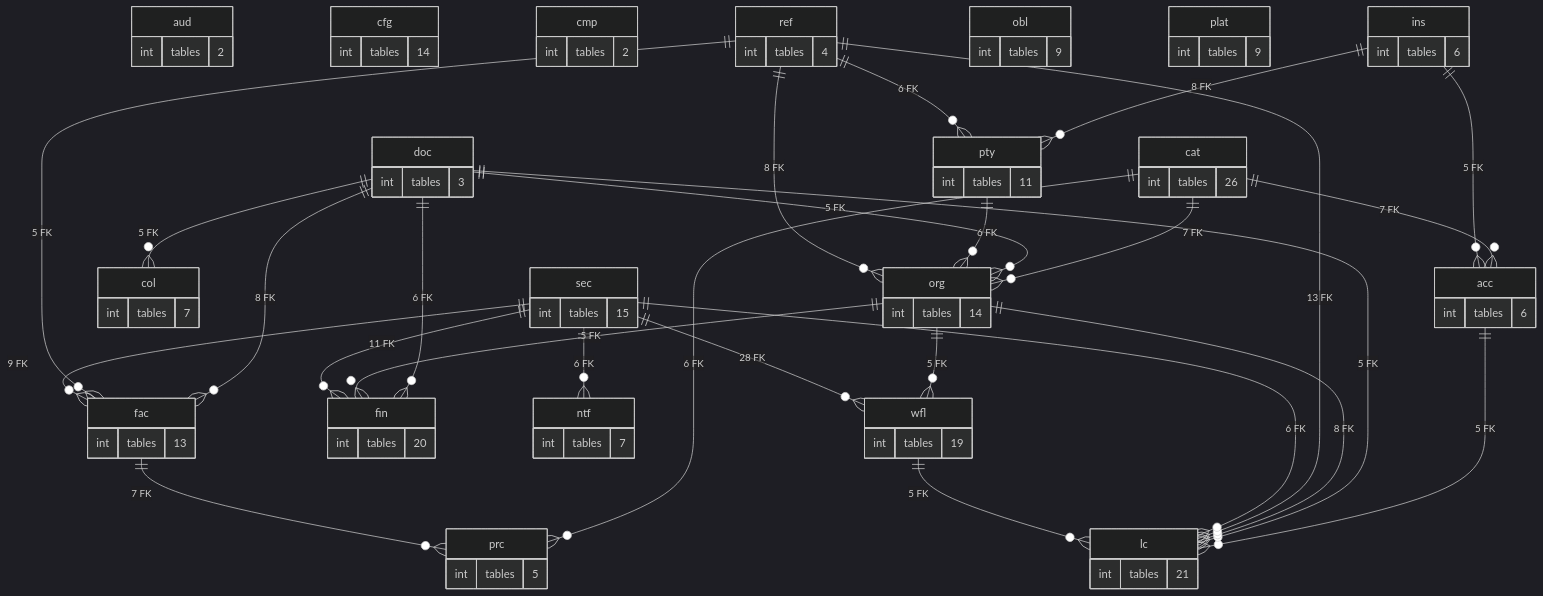
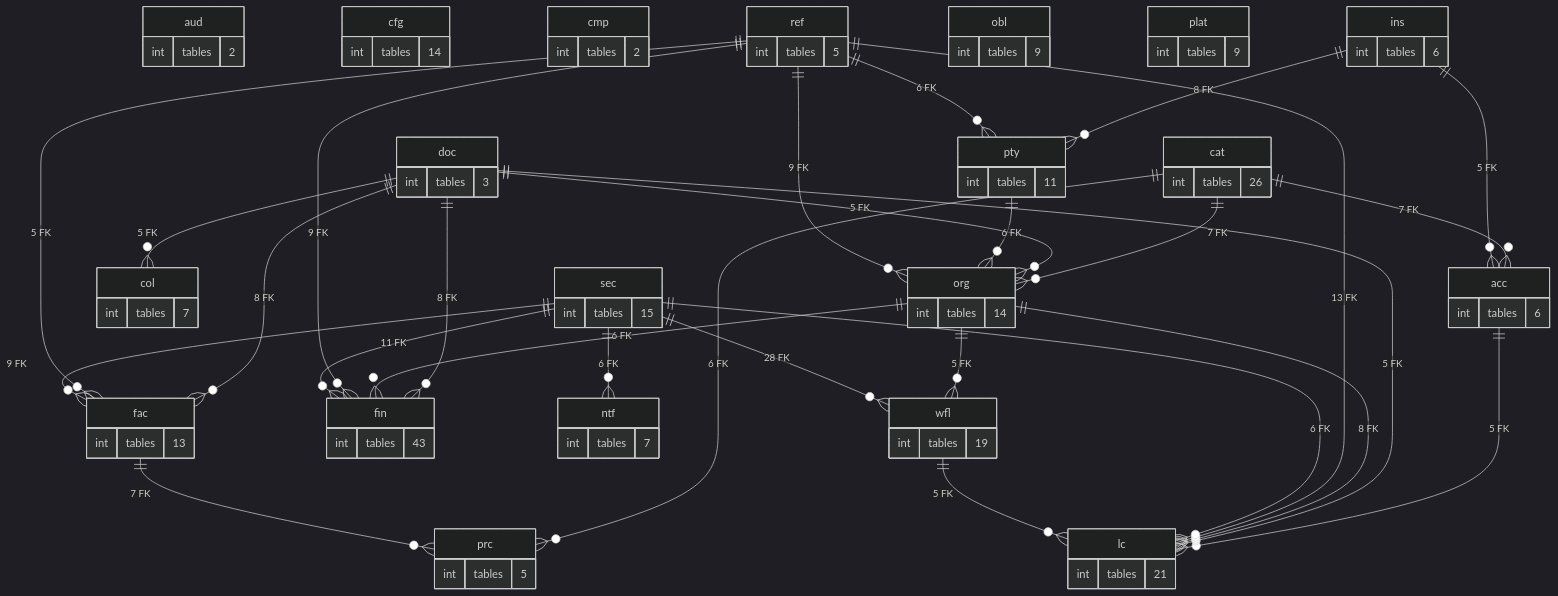
One commit to thawrasy/smartlines changed the diagram in treasury-platform/docs/diagrams/erd/schema_map.mmd. Above: the diagram before and after it, drawn with Mermaid (dark theme). The commit also changed 201 other files, not shown here.

```diff
--- a/treasury-platform/docs/diagrams/erd/schema_map.mmd
+++ b/treasury-platform/docs/diagrams/erd/schema_map.mmd
@@ -1,88 +1,89 @@
 %% خريطة المخططات: العلاقة = عدد المفاتيح الأجنبية بين المخططين (≥ 5)
 erDiagram
   acc {
     int tables "6"
   }
   aud {
     int tables "2"
   }
   cat {
     int tables "26"
   }
   cfg {
     int tables "14"
   }
   cmp {
     int tables "2"
   }
   col {
     int tables "7"
   }
   doc {
     int tables "3"
   }
   fac {
     int tables "13"
   }
   fin {
-    int tables "20"
+    int tables "43"
   }
   ins {
     int tables "6"
   }
   lc {
     int tables "21"
   }
   ntf {
     int tables "7"
   }
   obl {
     int tables "9"
   }
   org {
     int tables "14"
   }
   plat {
     int tables "9"
   }
   prc {
     int tables "5"
   }
   pty {
     int tables "11"
   }
   ref {
-    int tables "4"
+    int tables "5"
   }
   sec {
     int tables "15"
   }
   wfl {
     int tables "19"
   }
   acc ||--o{ lc : "5 FK"
   cat ||--o{ acc : "7 FK"
   cat ||--o{ org : "7 FK"
   cat ||--o{ prc : "6 FK"
   doc ||--o{ col : "5 FK"
   doc ||--o{ fac : "8 FK"
-  doc ||--o{ fin : "6 FK"
+  doc ||--o{ fin : "8 FK"
   doc ||--o{ lc : "5 FK"
   doc ||--o{ org : "5 FK"
   fac ||--o{ prc : "7 FK"
   ins ||--o{ acc : "5 FK"
   ins ||--o{ pty : "8 FK"
-  org ||--o{ fin : "5 FK"
+  org ||--o{ fin : "6 FK"
   org ||--o{ lc : "8 FK"
   org ||--o{ wfl : "5 FK"
   pty ||--o{ org : "6 FK"
   ref ||--o{ fac : "5 FK"
+  ref ||--o{ fin : "9 FK"
   ref ||--o{ lc : "13 FK"
-  ref ||--o{ org : "8 FK"
+  ref ||--o{ org : "9 FK"
   ref ||--o{ pty : "6 FK"
   sec ||--o{ fac : "9 FK"
   sec ||--o{ fin : "11 FK"
   sec ||--o{ lc : "6 FK"
   sec ||--o{ ntf : "6 FK"
   sec ||--o{ wfl : "28 FK"
   wfl ||--o{ lc : "5 FK"
```
